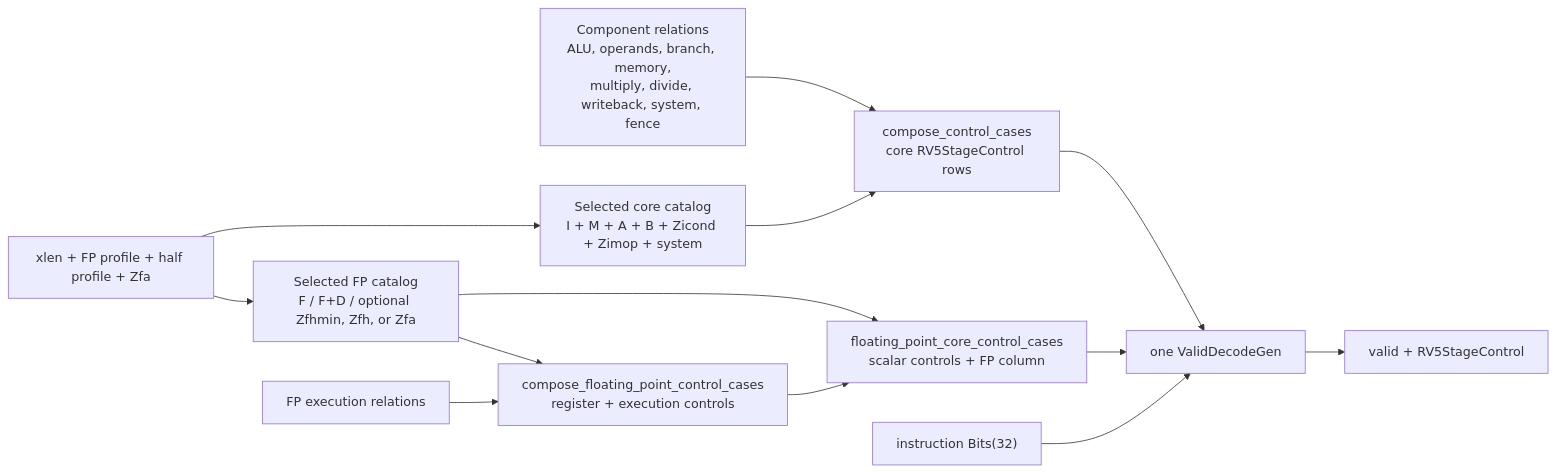
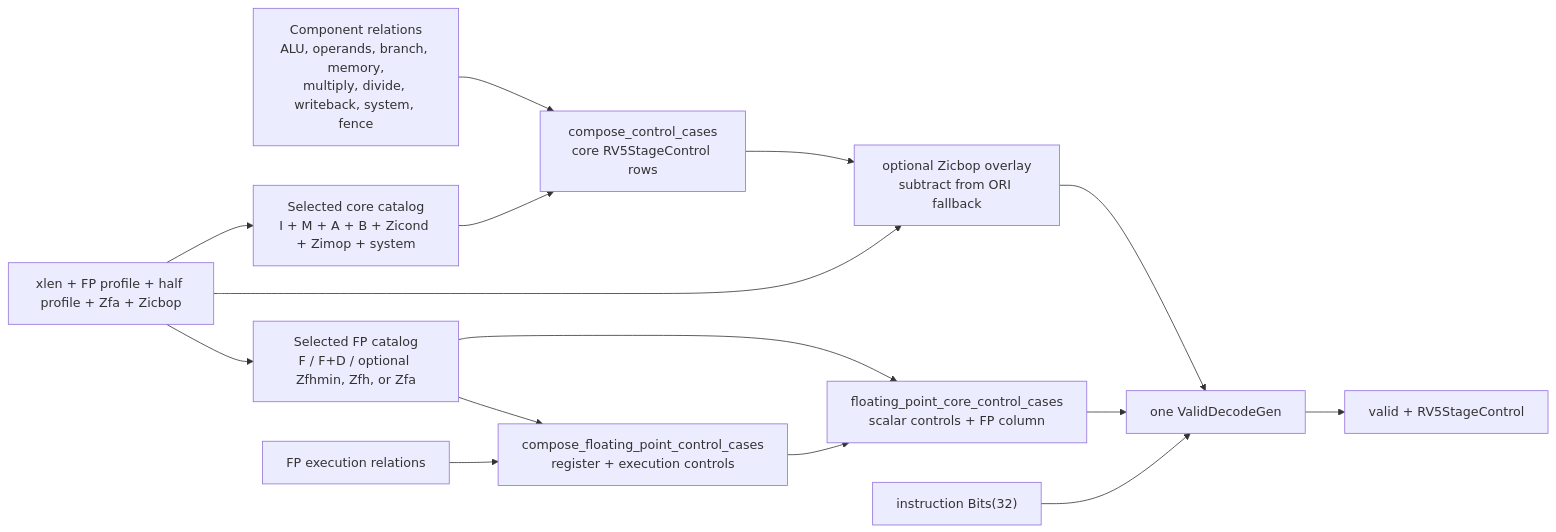
One commit to jerryz123/rhodium changed the diagram in cores/rv5stage/decode/README.md. Above: the diagram before and after it, drawn with Mermaid. The commit also changed other lines of this file and 44 other files, not shown here.

````diff
--- a/cores/rv5stage/decode/README.md
+++ b/cores/rv5stage/decode/README.md
@@ -46,26 +51,28 @@
 ```mermaid
 flowchart LR
-    PARAMS["xlen + FP profile + half profile + Zfa"]
+    PARAMS["xlen + FP profile + half profile + Zfa + Zicbop"]
     CORECAT["Selected core catalog<br/>I + M + A + B + Zicond + Zimop + system"]
     FPCAT["Selected FP catalog<br/>F / F+D / optional Zfhmin, Zfh, or Zfa"]
     COLUMNS["Component relations<br/>ALU, operands, branch, memory,<br/>multiply, divide, writeback, system, fence"]
     COREROWS["compose_control_cases<br/>core RV5StageControl rows"]
     FPEXEC["FP execution relations"]
     FPROWS["compose_floating_point_control_cases<br/>register + execution controls"]
     FPINTEGRATE["floating_point_core_control_cases<br/>scalar controls + FP column"]
+    OVERLAY["optional Zicbop overlay<br/>subtract from ORI fallback"]
     TABLE["one ValidDecodeGen"]
     INPUT["instruction Bits(32)"]
     OUTPUT["valid + RV5StageControl"]
 
     PARAMS --> CORECAT
     PARAMS --> FPCAT
     COLUMNS --> COREROWS
     CORECAT --> COREROWS
     FPCAT --> FPROWS
     FPEXEC --> FPROWS
     FPCAT --> FPINTEGRATE
     FPROWS --> FPINTEGRATE
-    COREROWS --> TABLE
+    COREROWS --> OVERLAY --> TABLE
+    PARAMS --> OVERLAY
     FPINTEGRATE --> TABLE
     INPUT --> TABLE --> OUTPUT
 ```
````
